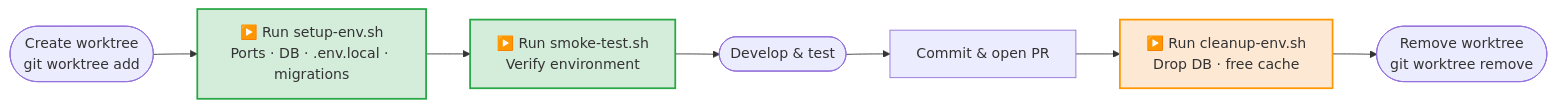
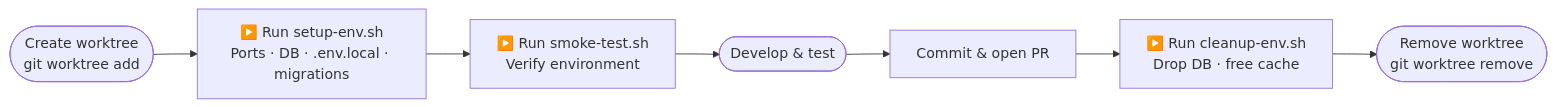
One commit to joel611/claude-plugins changed the second of 2 diagrams in plugins/project/setup-isolated-env/README.md. Above: the diagram before and after it, drawn with Mermaid. The commit also changed other lines of this file, not shown here.

Commit message:
docs(setup-isolated-env): remove fill colors from flow diagrams

````diff
--- a/plugins/project/setup-isolated-env/README.md
+++ b/plugins/project/setup-isolated-env/README.md
@@ -78,15 +77,12 @@
 ```mermaid
 flowchart LR
     A([Create worktree\ngit worktree add]) --> B
 
     B["▶️ Run setup-env.sh\nPorts · DB · .env.local · migrations"]
     B --> C["▶️ Run smoke-test.sh\nVerify environment"]
     C --> D([Develop & test])
     D --> E[Commit & open PR]
     E --> F["▶️ Run cleanup-env.sh\nDrop DB · free cache"]
     F --> G([Remove worktree\ngit worktree remove])
 
-    style B fill:#d4edda,stroke:#28a745,stroke-width:2px
-    style C fill:#d4edda,stroke:#28a745,stroke-width:2px
-    style F fill:#fde8d4,stroke:#FF9800,stroke-width:2px
 ```
````
